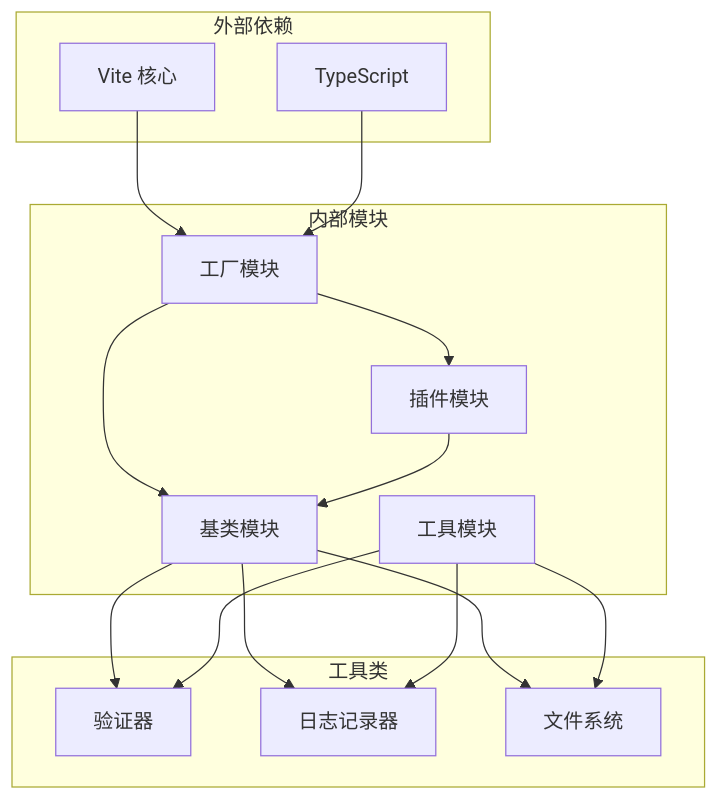
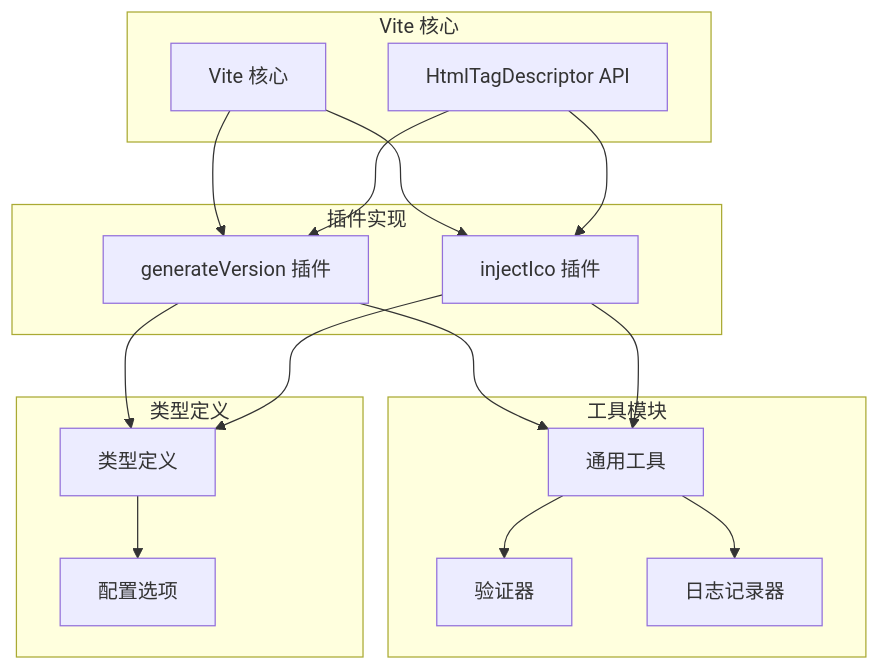
Before and after one commit to MengXi-Studio/vite-plugin: the sixth of 6 diagrams in .qoder/repowiki/zh/content/插件开发/插件工厂系统.md, drawn with Mermaid. The commit also changed other lines of this file and 8 other files, not shown here.

````diff
--- a/.qoder/repowiki/zh/content/插件开发/插件工厂系统.md
+++ b/.qoder/repowiki/zh/content/插件开发/插件工厂系统.md
@@ -400,29 +336,31 @@
 ```mermaid
 graph TB
-subgraph "外部依赖"
+subgraph "Vite 核心"
 Vite[Vite 核心]
-TS[TypeScript]
+HtmlTagDescriptor[HtmlTagDescriptor API]
 end
-subgraph "内部模块"
-Factory[工厂模块]
-BasePlugin[基类模块]
-Plugins[插件模块]
-Utils[工具模块]
+subgraph "插件实现"
+GenerateVersion[generateVersion 插件]
+InjectIco[injectIco 插件]
 end
-subgraph "工具类"
+subgraph "工具模块"
+Common[通用工具]
 Validation[验证器]
 Logger[日志记录器]
-FS[文件系统]
 end
-Vite --> Factory
-TS --> Factory
-Factory --> BasePlugin
-Factory --> Plugins
-BasePlugin --> Validation
-BasePlugin --> Logger
-BasePlugin --> FS
-Plugins --> BasePlugin
-Utils --> Validation
-Utils --> Logger
-Utils --> FS
+subgraph "类型定义"
+Types[类型定义]
+Options[配置选项]
+end
+Vite --> GenerateVersion
+Vite --> InjectIco
+HtmlTagDescriptor --> GenerateVersion
+HtmlTagDescriptor --> InjectIco
+GenerateVersion --> Common
+InjectIco --> Common
+Common --> Validation
+Common --> Logger
+GenerateVersion --> Types
+InjectIco --> Types
+Types --> Options
 ```
````
